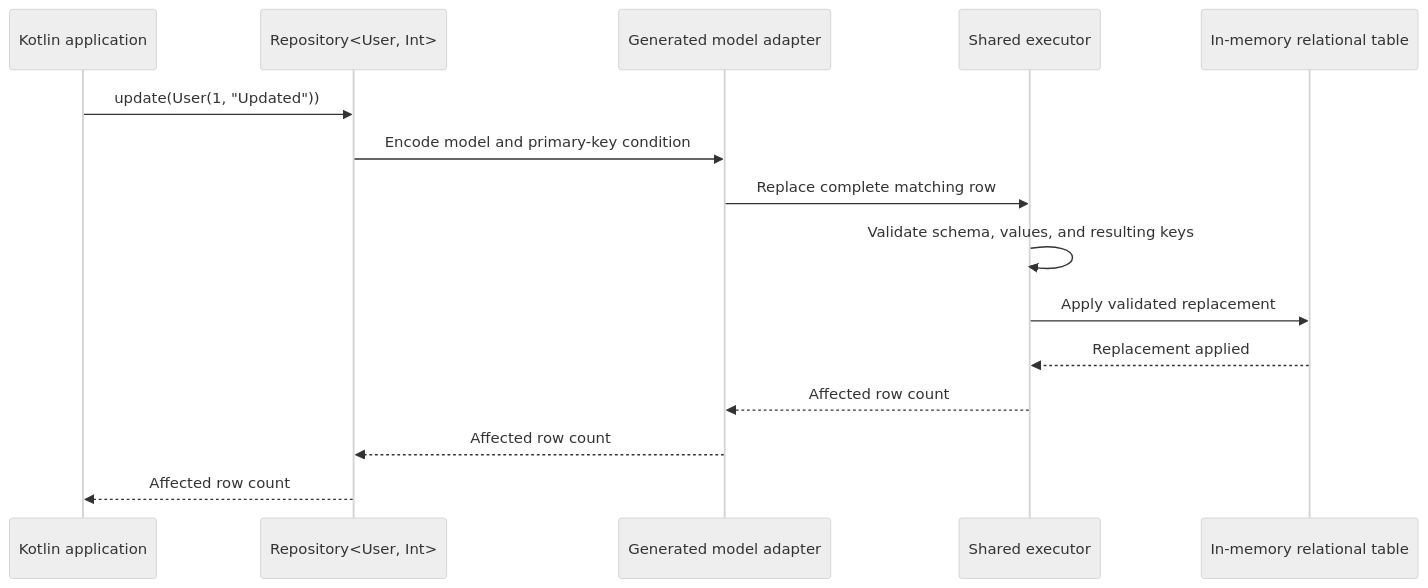
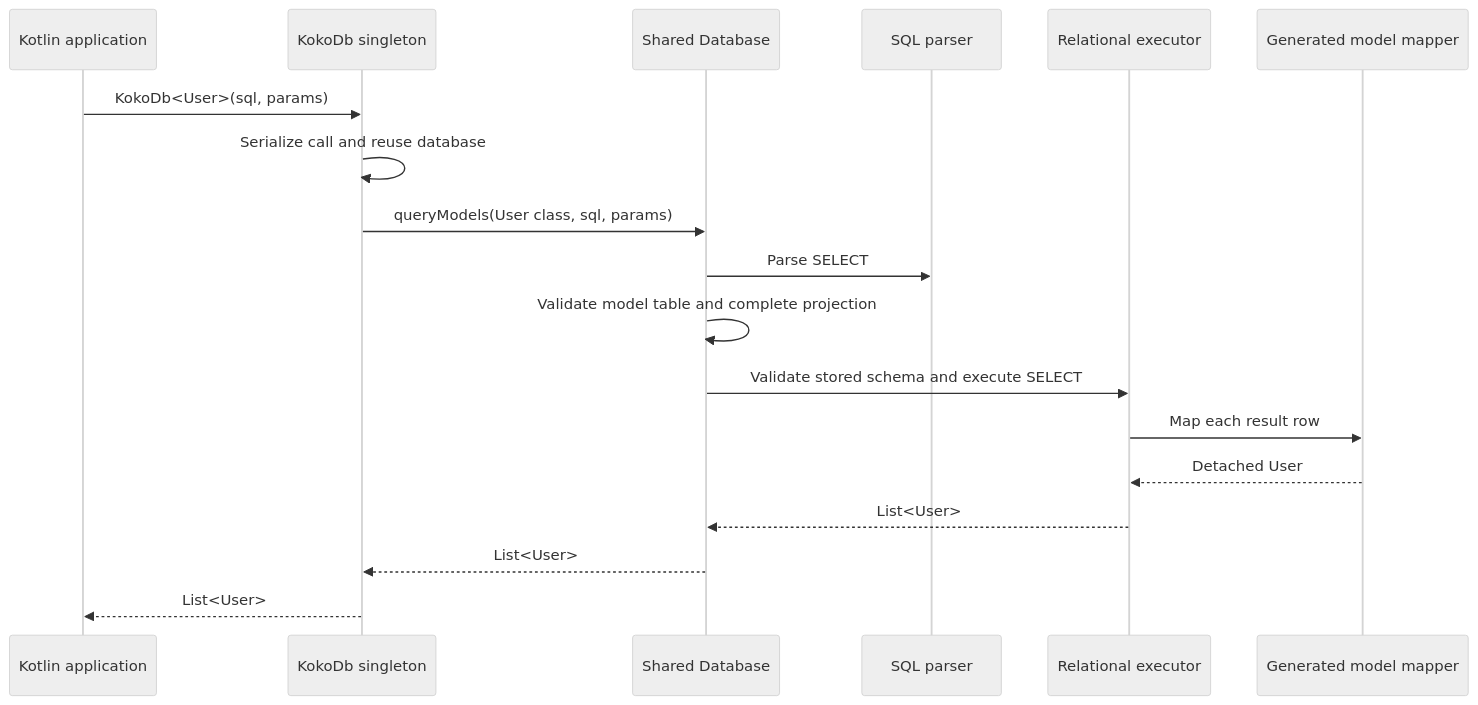
The diagram in README.md (xhae123/kokodb), drawn with Mermaid (neutral theme) before and after one commit. The commit also changed other lines of this file and 32 other files, not shown here.

First line of the commit message:
feat!: introduce shared SQL queries and remove obsolete interfaces

````diff
--- a/README.md
+++ b/README.md
@@ -86,17 +114,20 @@
 ```mermaid
 sequenceDiagram
     participant App as Kotlin application
-    participant Repo as Repository<User, Int>
-    participant Adapter as Generated model adapter
-    participant Engine as Shared executor
-    participant Rows as In-memory relational table
-    App->>Repo: update(User(1, "Updated"))
-    Repo->>Adapter: Encode model and primary-key condition
-    Adapter->>Engine: Replace complete matching row
-    Engine->>Engine: Validate schema, values, and resulting keys
-    Engine->>Rows: Apply validated replacement
-    Rows-->>Engine: Replacement applied
-    Engine-->>Adapter: Affected row count
-    Adapter-->>Repo: Affected row count
-    Repo-->>App: Affected row count
+    participant Shared as KokoDb singleton
+    participant DB as Shared Database
+    participant Parser as SQL parser
+    participant Engine as Relational executor
+    participant Adapter as Generated model mapper
+    App->>Shared: KokoDb<User>(sql, params)
+    Shared->>Shared: Serialize call and reuse database
+    Shared->>DB: queryModels(User class, sql, params)
+    DB->>Parser: Parse SELECT
+    DB->>DB: Validate model table and complete projection
+    DB->>Engine: Validate stored schema and execute SELECT
+    Engine->>Adapter: Map each result row
+    Adapter-->>Engine: Detached User
+    Engine-->>DB: List<User>
+    DB-->>Shared: List<User>
+    Shared-->>App: List<User>
 ```
````
